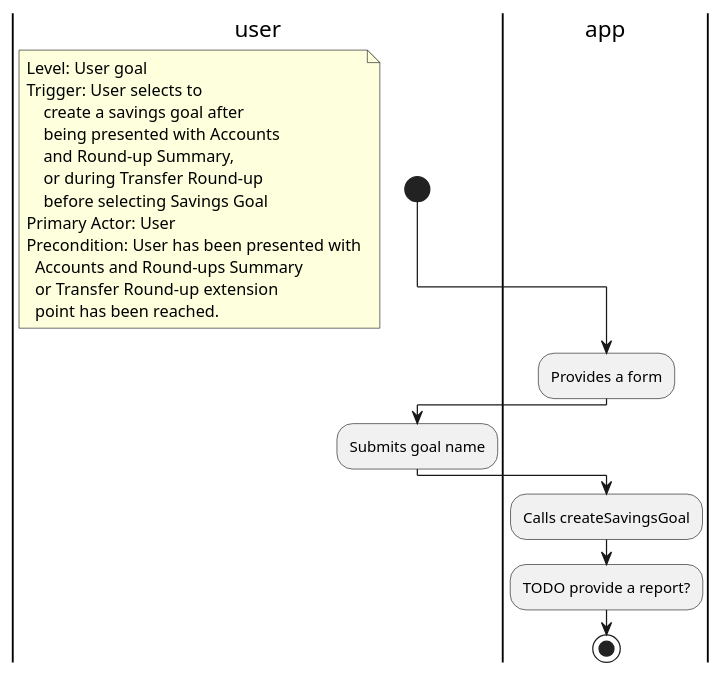
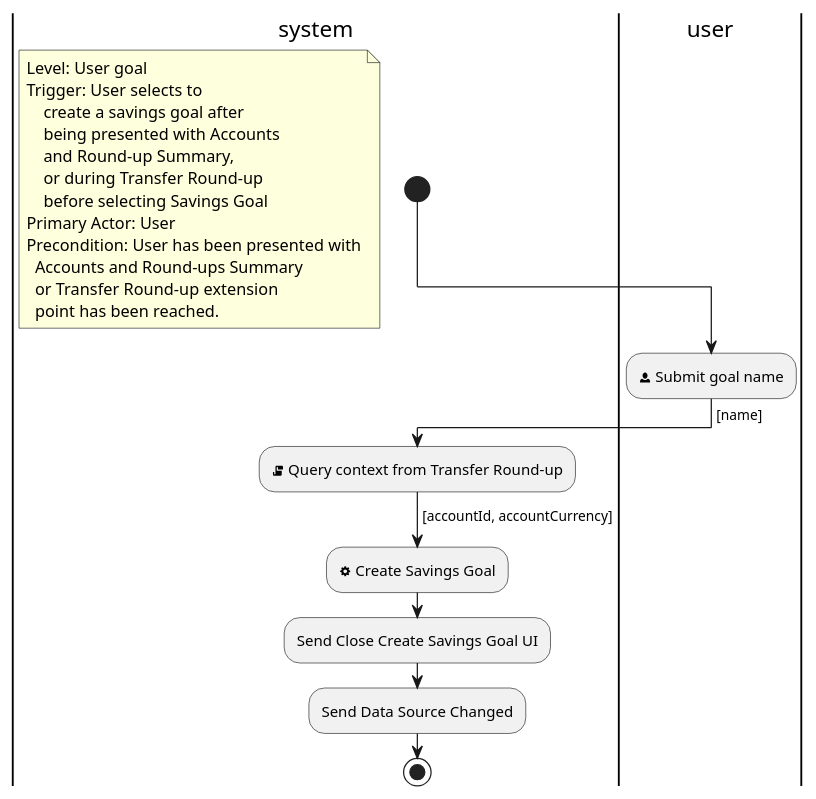
Before and after one commit to hristo-stefanov/MiniBankingDemo: the diagram in diagrams/User Goal/Create Savings Goal Activity Diagram.puml, drawn with PlantUML. The commit also changed 14 other files, not shown here.

Commit message:
Implement user goal level CreateSavingsGoalInteractor

```diff
--- a/diagrams/User Goal/Create Savings Goal Activity Diagram.puml
+++ b/diagrams/User Goal/Create Savings Goal Activity Diagram.puml
@@ -1,33 +1,37 @@
 @startuml
 'https://plantuml.com/activity-diagram-beta
 
-|user|
+|system|
 start
 
 'This is the case of "Two levels of blue"
 floating note left
 Level: User goal
 Trigger: User selects to
     create a savings goal after
     being presented with Accounts
     and Round-up Summary,
     or during Transfer Round-up
     before selecting Savings Goal
 Primary Actor: User
 Precondition: User has been presented with
   Accounts and Round-ups Summary
   or Transfer Round-up extension
   point has been reached.
 end note
 
-|app|
-:Provides a form;
+|system|
 |user|
-:Submits goal name;
-|app|
-:Calls createSavingsGoal;
-:TODO provide a report?;
+:<&person> Submit goal name;
+-> [name];
+|system|
+:<&script> Query context from Transfer Round-up;
+-> [accountId, accountCurrency];
+:<&cog> Create Savings Goal;
+
+:Send Close Create Savings Goal UI; <<sendSignal>>
+:Send Data Source Changed; <<sendSignal>>
 
 stop
 
 @enduml
```
